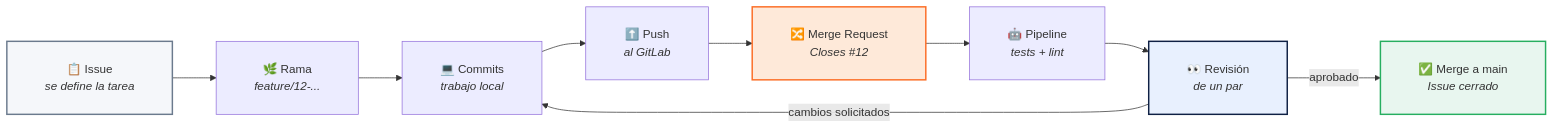
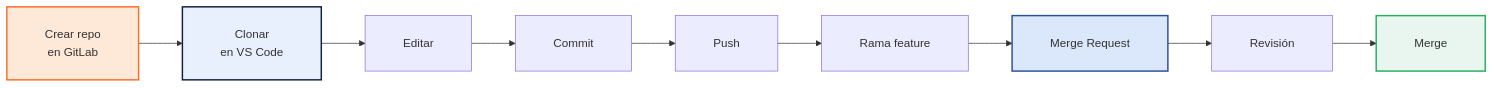
Before and after one commit to fralfaro/talks: the third of 3 diagrams in ads/git_gitlab.qmd, drawn with Mermaid. The commit also changed other lines of this file and 16 other files, not shown here.

````diff
--- a/ads/git_gitlab.qmd
+++ b/ads/git_gitlab.qmd
@@ -1457,18 +767,18 @@
 ```{mermaid}
 %%| fig-width: 14
 %%{init: {'flowchart': {'padding': 26, 'nodeSpacing': 45, 'rankSpacing': 60}}}%%
 flowchart LR
-    A["📋 Issue<br/><i>se define la tarea</i>"] --> B["🌿 Rama<br/><i>feature/12-...</i>"]
-    B --> C["💻 Commits<br/><i>trabajo local</i>"]
-    C --> D["⬆️ Push<br/><i>al GitLab</i>"]
-    D --> E["🔀 Merge Request<br/><i>Closes #12</i>"]
-    E --> F["🤖 Pipeline<br/><i>tests + lint</i>"]
-    F --> G["👀 Revisión<br/><i>de un par</i>"]
-    G -->|cambios solicitados| C
-    G -->|aprobado| H["✅ Merge a main<br/><i>Issue cerrado</i>"]
+    A["Crear repo<br/>en GitLab"] --> B["Clonar<br/>en VS Code"]
+    B --> C["Editar"]
+    C --> D["Commit"]
+    D --> E["Push"]
+    E --> F["Rama feature"]
+    F --> G["Merge Request"]
+    G --> H["Revisión"]
+    H --> I["Merge"]
 
-    style A fill:#f5f7fa,stroke:#6B7A8D,stroke-width:2px
-    style E fill:#FEE9D9,stroke:#FC6D26,stroke-width:2px
-    style G fill:#e8f0fe,stroke:#0F2044,stroke-width:2px
-    style H fill:#E8F6EF,stroke:#27AE60,stroke-width:2px
+    style A fill:#FEE9D9,stroke:#FC6D26,stroke-width:2px
+    style B fill:#e8f0fe,stroke:#0F2044,stroke-width:2px
+    style G fill:#dbe7fb,stroke:#2a5298,stroke-width:2px
+    style I fill:#E8F6EF,stroke:#27AE60,stroke-width:2px
 ```
````
